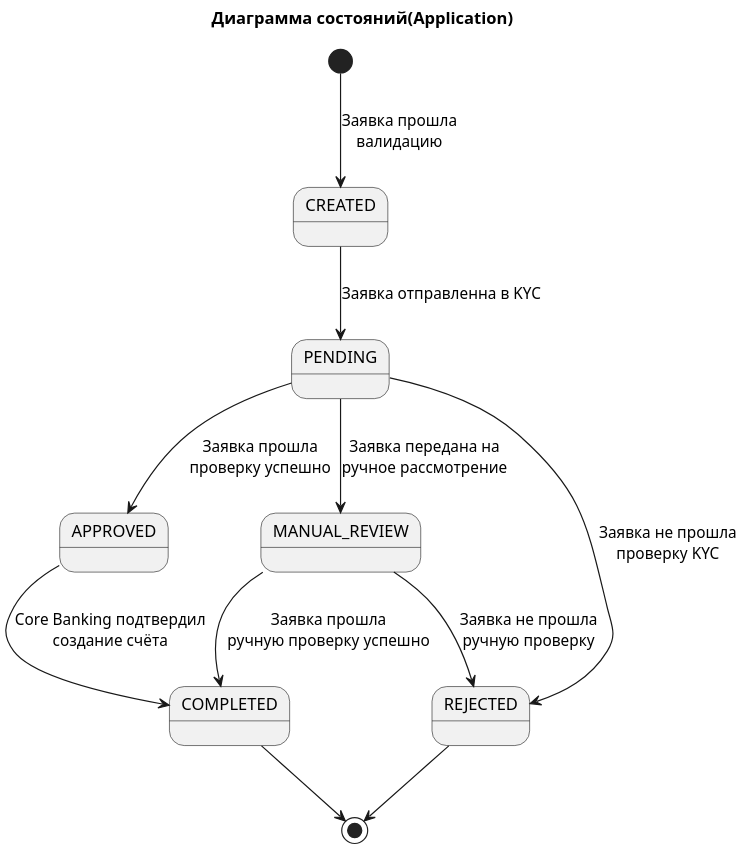
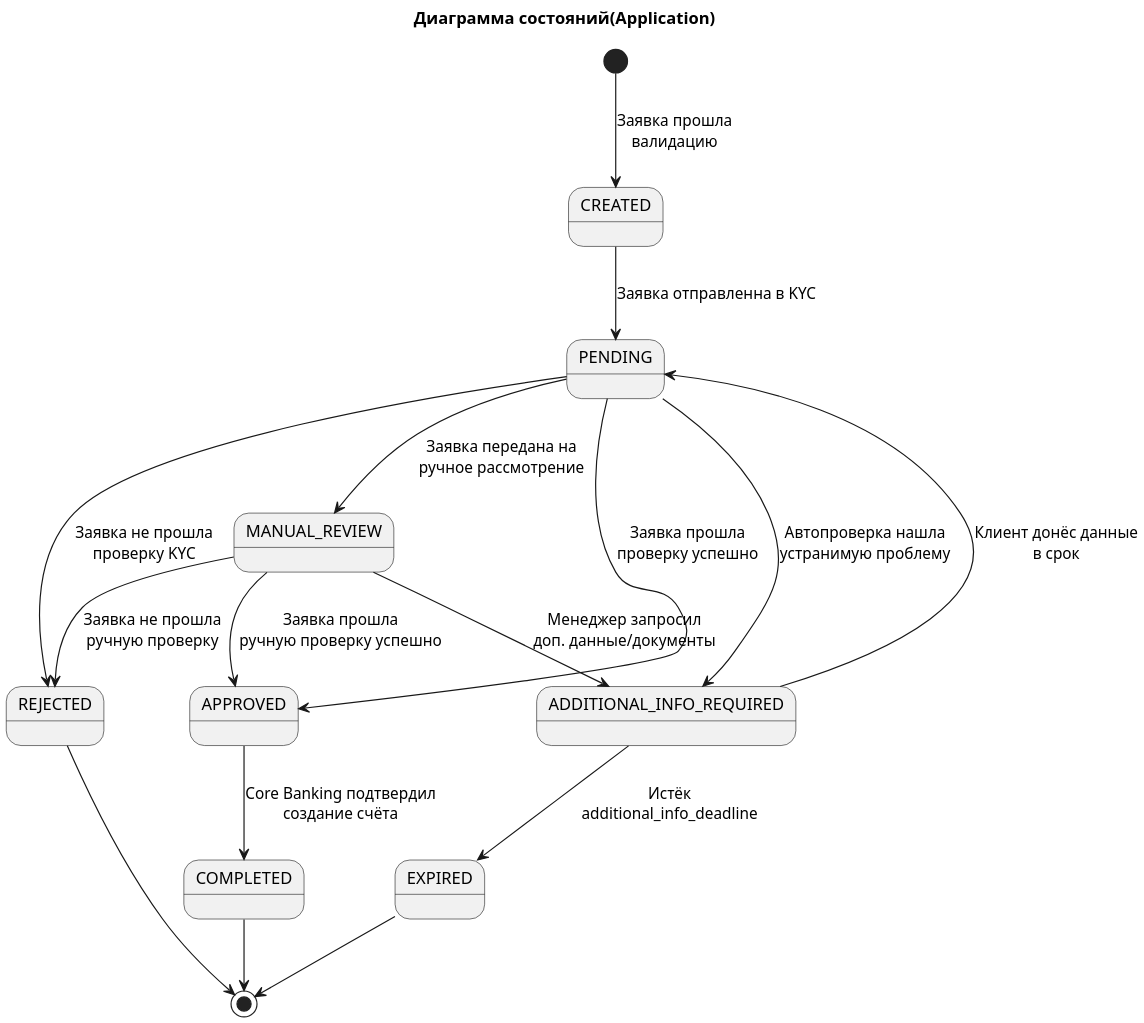
Before and after one commit to PulyaIvan/digital-client-onboarding: the diagram in diagrams/state/Диаграмма состояний(Application).puml, drawn with PlantUML. The commit also changed 9 other files, not shown here.

```diff
--- a/diagrams/state/Диаграмма состояний(Application).puml
+++ b/diagrams/state/Диаграмма состояний(Application).puml
@@ -1,14 +1,19 @@
 @startuml Диаграмма состояний(Application)
 title Диаграмма состояний(Application)
 scale 2
-[*] --> CREATED: Заявка прошла\nвалидацию 
+[*] --> CREATED: Заявка прошла\nвалидацию
 CREATED --> PENDING: Заявка отправленна в KYC
 PENDING --> APPROVED: Заявка прошла\nпроверку успешно
 PENDING --> REJECTED: Заявка не прошла\nпроверку KYC
 PENDING --> MANUAL_REVIEW: Заявка передана на\nручное рассмотрение
+PENDING --> ADDITIONAL_INFO_REQUIRED: Автопроверка нашла\nустранимую проблему
 APPROVED --> COMPLETED: Core Banking подтвердил\nсоздание счёта
-MANUAL_REVIEW --> COMPLETED: Заявка прошла\nручную проверку успешно
+MANUAL_REVIEW --> APPROVED: Заявка прошла\nручную проверку успешно
 MANUAL_REVIEW --> REJECTED: Заявка не прошла\nручную проверку
+MANUAL_REVIEW --> ADDITIONAL_INFO_REQUIRED: Менеджер запросил\nдоп. данные/документы
+ADDITIONAL_INFO_REQUIRED --> PENDING: Клиент донёс данные\nв срок
+ADDITIONAL_INFO_REQUIRED --> EXPIRED: Истёк\nadditional_info_deadline
 COMPLETED --> [*]
 REJECTED --> [*]
+EXPIRED --> [*]
 @enduml
```
